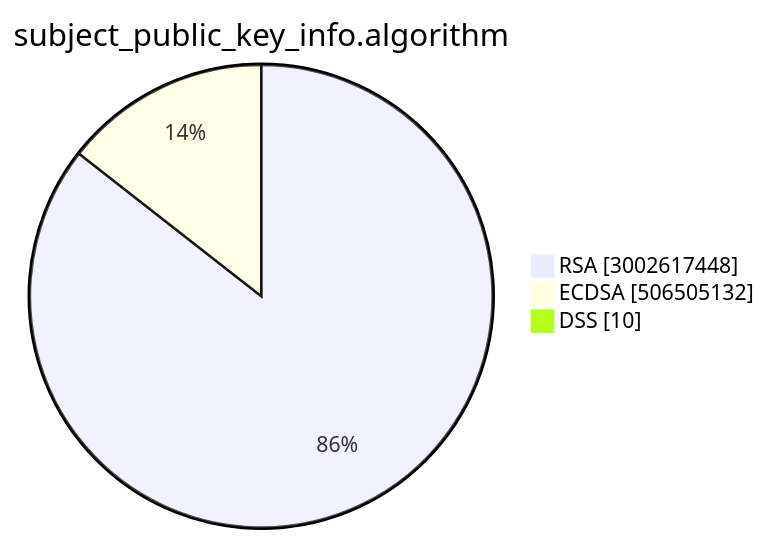
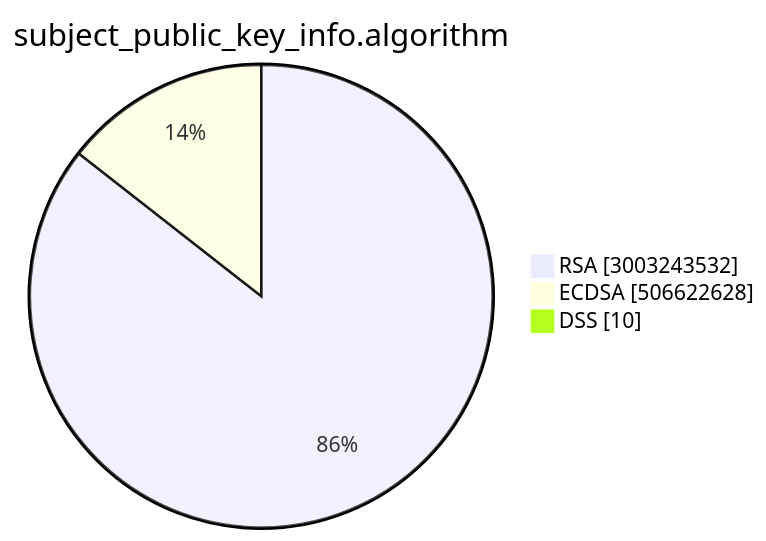
One commit to christiankrug/ctmonitor_visualization changed the second of 15 diagrams in TOTAL/README.md. Above: the diagram before and after it, drawn with Mermaid. The commit also changed other lines of this file, not shown here.

````diff
--- a/TOTAL/README.md
+++ b/TOTAL/README.md
@@ -6,7 +6,7 @@
 ```mermaid
 pie showData
 title subject_public_key_info.algorithm
-"RSA" :3002617448
-"ECDSA" :506505132
+"RSA" :3003243532
+"ECDSA" :506622628
 "DSS" :10
 ```
````
